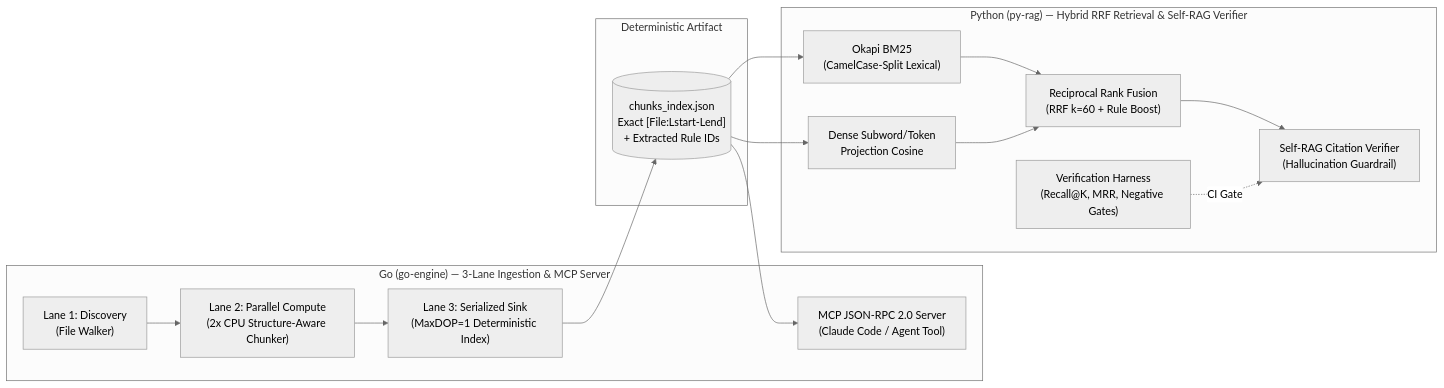
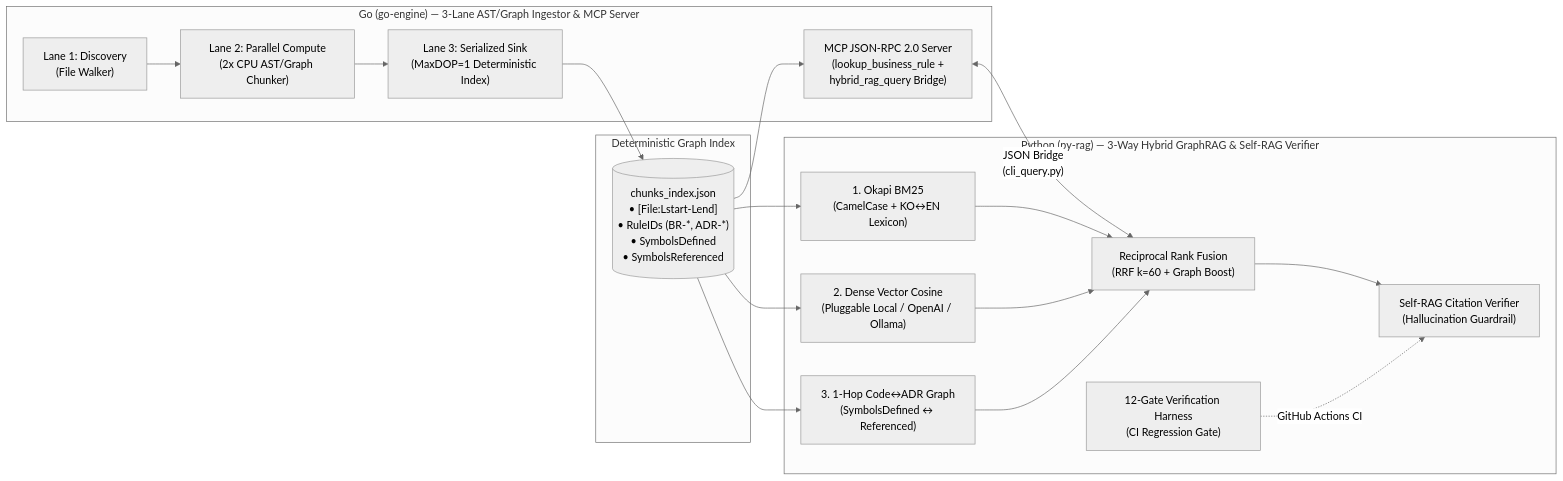
The diagram in README.md (bestguru/legacy-lens-rag), drawn with Mermaid (neutral theme) before and after one commit. The commit also changed other lines of this file and 15 other files, not shown here.

Commit message:
feat(v2.0): upgrade to 3-Way Hybrid GraphRAG, KO-EN cross-lingual retrieval, Go-Python MCP bridge, and 12-gate CI harness

````diff
--- a/README.md
+++ b/README.md
@@ -26,28 +29,30 @@
 ```mermaid
 flowchart LR
-    subgraph Go_Engine ["Go (go-engine) — 3-Lane Ingestion & MCP Server"]
+    subgraph Go_Engine ["Go (go-engine) — 3-Lane AST/Graph Ingestor & MCP Server"]
         L1["Lane 1: Discovery\n(File Walker)"]
-        L2["Lane 2: Parallel Compute\n(2x CPU Structure-Aware Chunker)"]
+        L2["Lane 2: Parallel Compute\n(2x CPU AST/Graph Chunker)"]
         L3["Lane 3: Serialized Sink\n(MaxDOP=1 Deterministic Index)"]
-        MCP["MCP JSON-RPC 2.0 Server\n(Claude Code / Agent Tool)"]
+        MCP["MCP JSON-RPC 2.0 Server\n(lookup_business_rule +\nhybrid_rag_query Bridge)"]
         L1 --> L2 --> L3
     end
 
-    subgraph Index_Artifact ["Deterministic Artifact"]
-        JSON[("chunks_index.json\nExact [File:Lstart-Lend]\n+ Extracted Rule IDs")]
+    subgraph Index_Artifact ["Deterministic Graph Index"]
+        JSON[("chunks_index.json\n• [File:Lstart-Lend]\n• RuleIDs (BR-*, ADR-*)\n• SymbolsDefined\n• SymbolsReferenced")]
     end
 
-    subgraph Py_Engine ["Python (py-rag) — Hybrid RRF Retrieval & Self-RAG Verifier"]
-        BM25["Okapi BM25\n(CamelCase-Split Lexical)"]
-        Dense["Dense Subword/Token\nProjection Cosine"]
-        RRF["Reciprocal Rank Fusion\n(RRF k=60 + Rule Boost)"]
+    subgraph Py_Engine ["Python (py-rag) — 3-Way Hybrid GraphRAG & Self-RAG Verifier"]
+        Lex["1. Okapi BM25\n(CamelCase + KO↔EN Lexicon)"]
+        Vec["2. Dense Vector Cosine\n(Pluggable Local / OpenAI / Ollama)"]
+        Graph["3. 1-Hop Code↔ADR Graph\n(SymbolsDefined ↔ Referenced)"]
+        RRF["Reciprocal Rank Fusion\n(RRF k=60 + Graph Boost)"]
         Guard["Self-RAG Citation Verifier\n(Hallucination Guardrail)"]
-        Harness["Verification Harness\n(Recall@K, MRR, Negative Gates)"]
+        Harness["12-Gate Verification Harness\n(CI Regression Gate)"]
     end
 
     L3 --> JSON
     JSON --> MCP
-    JSON --> BM25 & Dense
-    BM25 & Dense --> RRF --> Guard
-    Harness -.->|"CI Gate"| Guard
+    MCP <-->|"JSON Bridge\n(cli_query.py)"| RRF
+    JSON --> Lex & Vec & Graph
+    Lex & Vec & Graph --> RRF --> Guard
+    Harness -.->|"GitHub Actions CI"| Guard
 ```
````
